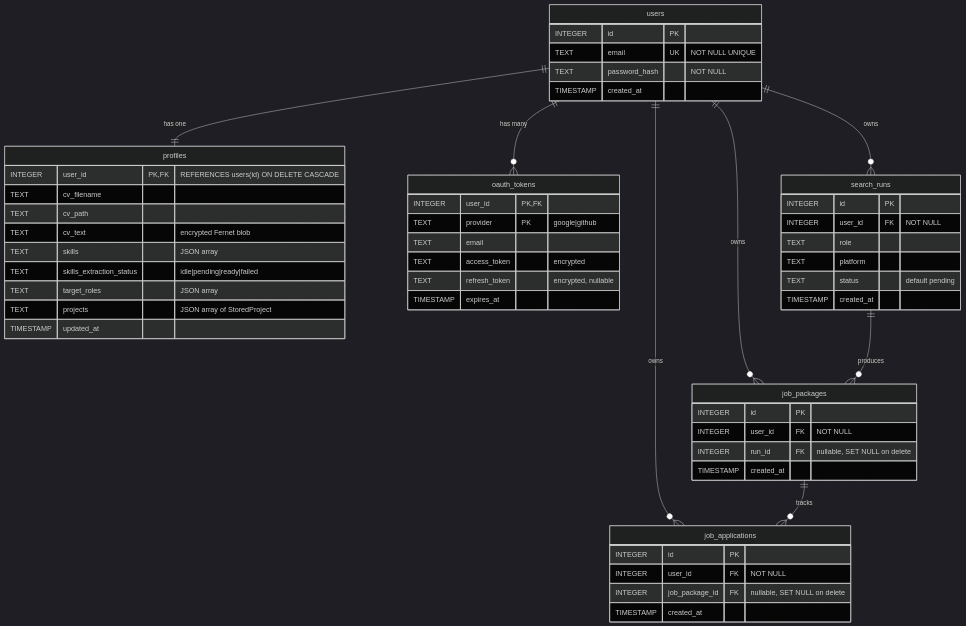
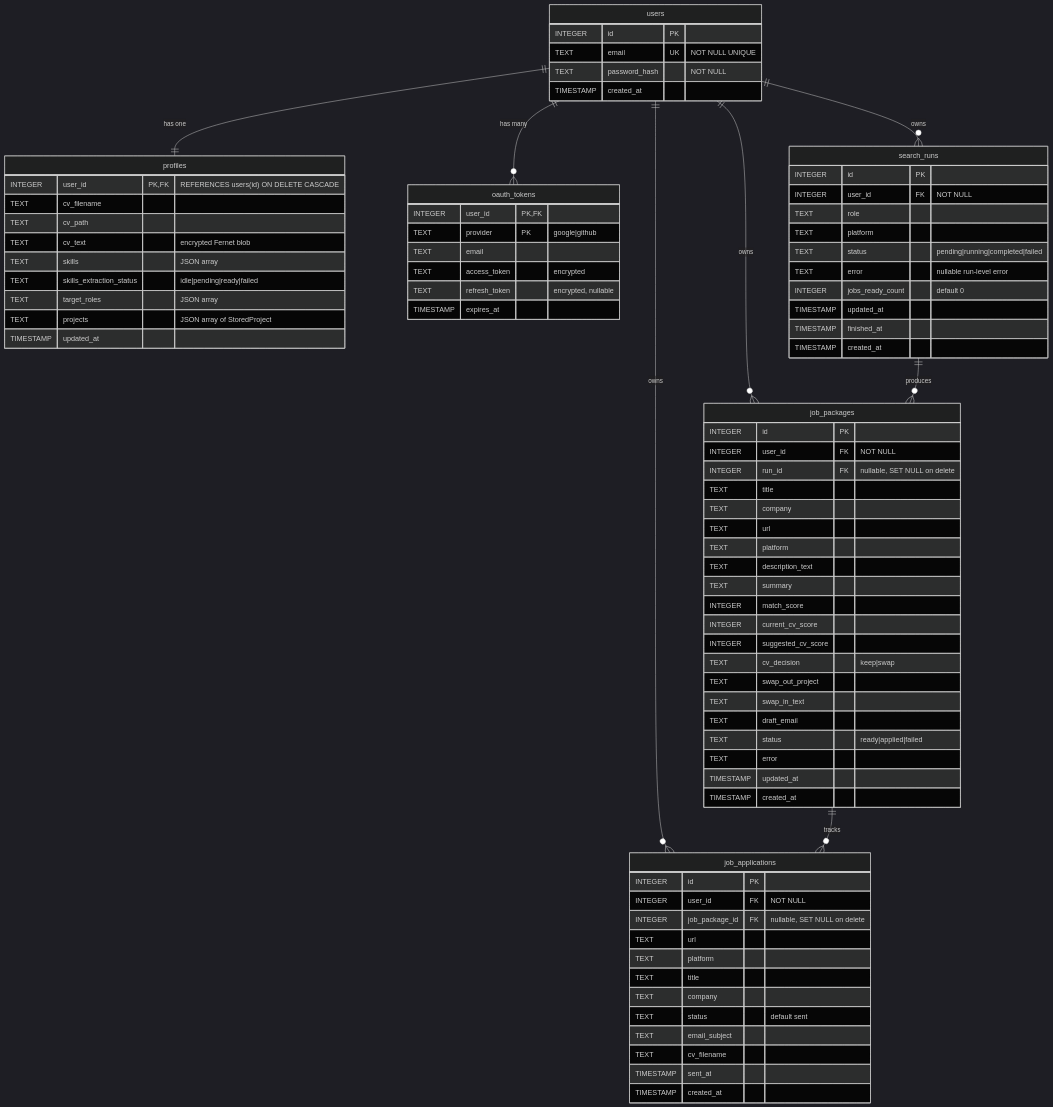
One commit to HamzaFayaz/JobPilot changed the diagram in docs/database-schema.md. Above: the diagram before and after it, drawn with Mermaid (dark theme). The commit also changed other lines of this file and 1 other file, not shown here.

First line of the commit message:
Expand search persistence schema for agent runs.

````diff
--- a/docs/database-schema.md
+++ b/docs/database-schema.md
@@ -51,7 +51,11 @@
         INTEGER user_id FK "NOT NULL"
         TEXT role
         TEXT platform
-        TEXT status "default pending"
+        TEXT status "pending|running|completed|failed"
+        TEXT error "nullable run-level error"
+        INTEGER jobs_ready_count "default 0"
+        TIMESTAMP updated_at
+        TIMESTAMP finished_at
         TIMESTAMP created_at
     }
 
@@ -59,6 +63,22 @@
         INTEGER id PK
         INTEGER user_id FK "NOT NULL"
         INTEGER run_id FK "nullable, SET NULL on delete"
+        TEXT title
+        TEXT company
+        TEXT url
+        TEXT platform
+        TEXT description_text
+        TEXT summary
+        INTEGER match_score
+        INTEGER current_cv_score
+        INTEGER suggested_cv_score
+        TEXT cv_decision "keep|swap"
+        TEXT swap_out_project
+        TEXT swap_in_text
+        TEXT draft_email
+        TEXT status "ready|applied|failed"
+        TEXT error
+        TIMESTAMP updated_at
         TIMESTAMP created_at
     }
 
@@ -66,6 +86,14 @@
         INTEGER id PK
         INTEGER user_id FK "NOT NULL"
         INTEGER job_package_id FK "nullable, SET NULL on delete"
+        TEXT url
+        TEXT platform
+        TEXT title
+        TEXT company
+        TEXT status "default sent"
+        TEXT email_subject
+        TEXT cv_filename
+        TIMESTAMP sent_at
         TIMESTAMP created_at
     }
 ```
````
